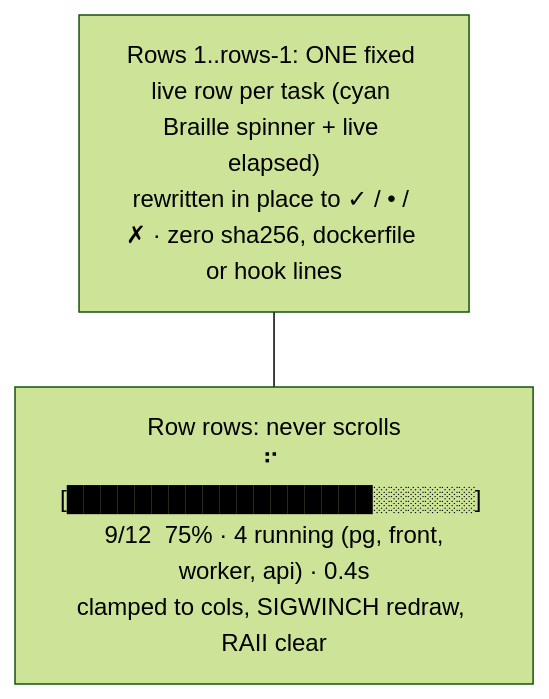
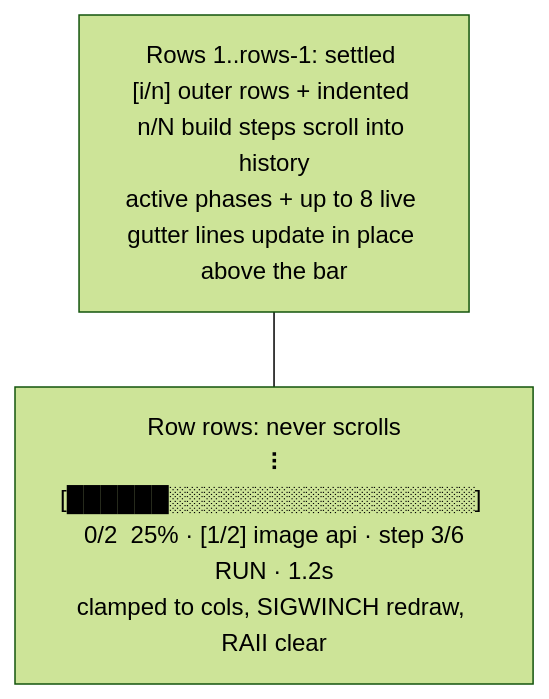
Before and after one commit to OffworldNexus/slipfork: the second of 3 diagrams in specs/02-cli-ux.md, drawn with Mermaid (forest theme). The commit also changed other lines of this file, not shown here.

Commit message:
[conductor] specs: One Report Layer — typed outcomes own icons, state and palette (specs/02 §9)

````diff
--- a/specs/02-cli-ux.md
+++ b/specs/02-cli-ux.md
@@ -111,6 +120,6 @@
 ```mermaid
 flowchart TD
-  Region["Rows 1..rows-1: ONE fixed live row per task (cyan Braille spinner + live elapsed)<br/>rewritten in place to ✓ / • / ✗ · zero sha256, dockerfile or hook lines"]
-  Panel["Row rows: never scrolls<br/>⠋ [██████████████████░░░░░░]  9/12  75% · 4 running (pg, front, worker, api) · 0.4s<br/>clamped to cols, SIGWINCH redraw, RAII clear"]
+  Region["Rows 1..rows-1: settled [i/n] outer rows + indented n/N build steps scroll into history<br/>active phases + up to 8 live gutter lines update in place above the bar"]
+  Panel["Row rows: never scrolls<br/>⠸ [██████░░░░░░░░░░░░░░░░░░]  0/2  25% · [1/2] image api · step 3/6 RUN · 1.2s<br/>clamped to cols, SIGWINCH redraw, RAII clear"]
   Region --- Panel
 ```
````
